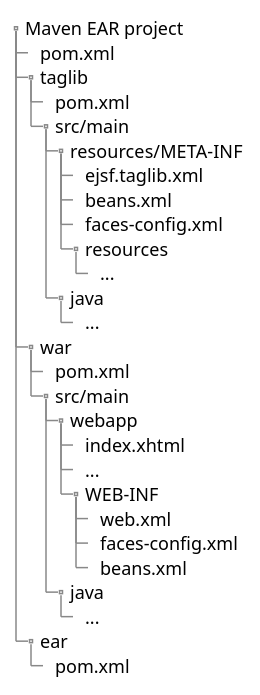
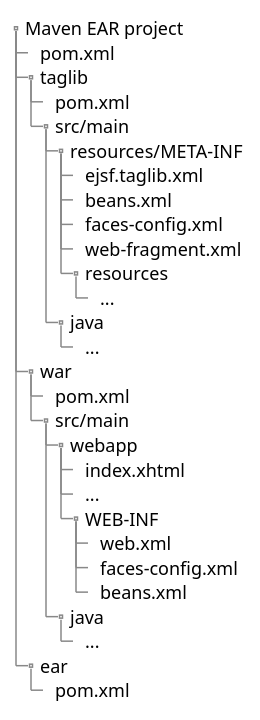
One commit to e-Contract/enterprise-jsf changed the diagram in doc/ear-structure.puml. Above: the diagram before and after it, drawn with PlantUML. The commit also changed 21 other files, not shown here.

```diff
--- a/doc/ear-structure.puml
+++ b/doc/ear-structure.puml
@@ -1,40 +1,41 @@
 @startsalt
 
 ' Enterprise JSF project.
 '
 ' Copyright 2021-2023 e-Contract.be BV. All rights reserved.
 ' e-Contract.be BV proprietary/confidential. Use is subject to license terms.
 
 {
     {T
         + Maven EAR project
             ++ pom.xml
             ++ taglib
                 +++ pom.xml
                 +++ src/main
                     ++++ resources/META-INF
                         +++++ ejsf.taglib.xml
                         +++++ beans.xml
                         +++++ faces-config.xml
+                        +++++ web-fragment.xml
                         +++++ resources
                             ++++++ ...
                     ++++ java
                         +++++ ...
             ++ war
                 +++ pom.xml
                 +++ src/main
                     ++++ webapp
                         +++++ index.xhtml
                         +++++ ...
                         +++++ WEB-INF
                             ++++++ web.xml
                             ++++++ faces-config.xml
                             ++++++ beans.xml
                     ++++ java
                         +++++ ...
             ++ ear
                 +++ pom.xml
     }
 }
 
 @endsalt
```
